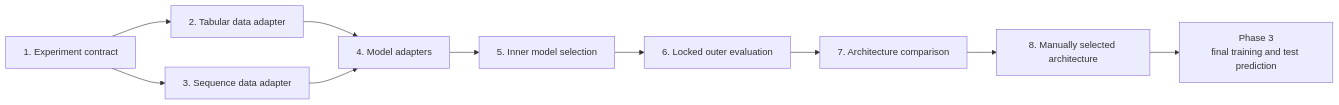
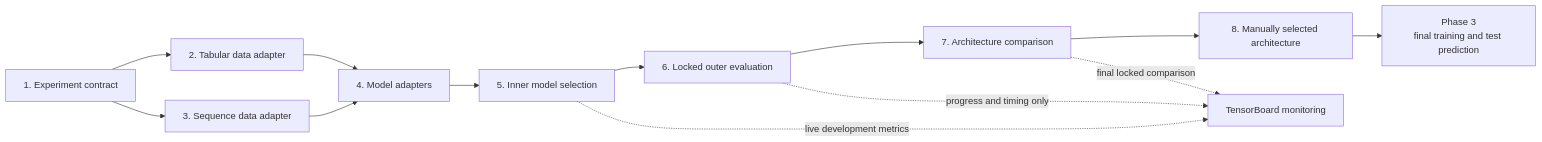
Before and after one commit to JoestHomann/UAV-RUL-Estimation: the fourth of 4 diagrams in literature_and_planning/development_documentation/phase_2_modelArchitectureStudy.md, drawn with Mermaid. The commit also changed other lines of this file and 23 other files, not shown here.

First line of the commit message:
feat(phase2): add mandatory TensorBoard training monitoring

````diff
--- a/literature_and_planning/development_documentation/phase_2_modelArchitectureStudy.md
+++ b/literature_and_planning/development_documentation/phase_2_modelArchitectureStudy.md
@@ -448,12 +464,15 @@
 ```mermaid
 flowchart LR
     S1["1. Experiment contract"] --> S2["2. Tabular data adapter"]
     S1 --> S3["3. Sequence data adapter"]
     S2 --> S4["4. Model adapters"]
     S3 --> S4
     S4 --> S5["5. Inner model selection"]
     S5 --> S6["6. Locked outer evaluation"]
     S6 --> S7["7. Architecture comparison"]
     S7 --> S8["8. Manually selected architecture"]
     S8 --> P3["Phase 3<br/>final training and test prediction"]
+    S5 -.->|live development metrics| TB["TensorBoard monitoring"]
+    S6 -.->|progress and timing only| TB
+    S7 -.->|final locked comparison| TB
 ```
````
